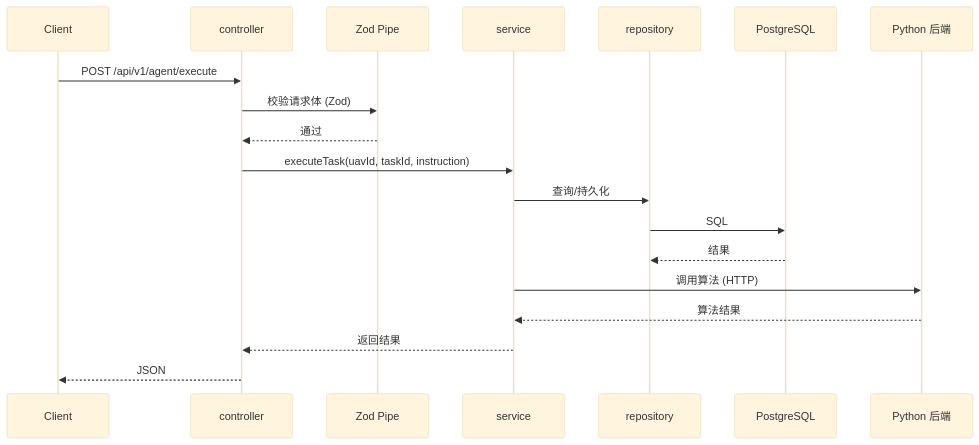
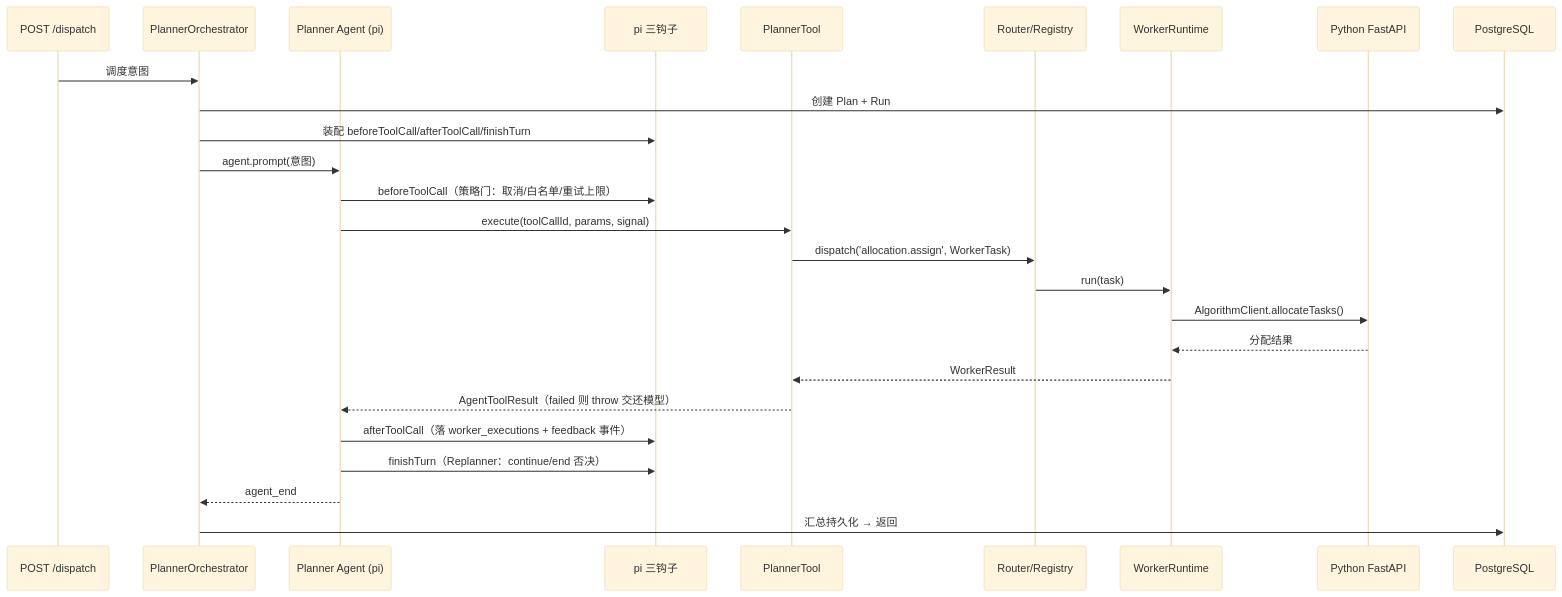
The diagram in apps/server/node-backend/README.md (909347194/ST-Risk-For-UAV), drawn with Mermaid (base theme) before and after one commit. The commit also changed other lines of this file, not shown here.

First line of the commit message:
docs(node): 重写 node-backend README — 完整讲解 Agent 架构（Planner/Worker）

````diff
--- a/apps/server/node-backend/README.md
+++ b/apps/server/node-backend/README.md
@@ -46,22 +93,29 @@
 ```mermaid
 sequenceDiagram
-    participant Client
-    participant Controller as controller
-    participant Pipe as Zod Pipe
-    participant Service as service
-    participant Repo as repository
+    participant API as POST /dispatch
+    participant ORC as PlannerOrchestrator
+    participant AG as Planner Agent (pi)
+    participant H as pi 三钩子
+    participant T as PlannerTool
+    participant R as Router/Registry
+    participant W as WorkerRuntime
+    participant PY as Python FastAPI
     participant DB as PostgreSQL
-    participant Py as Python 后端
 
-    Client->>Controller: POST /api/v1/agent/execute
-    Controller->>Pipe: 校验请求体 (Zod)
-    Pipe-->>Controller: 通过
-    Controller->>Service: executeTask(uavId, taskId, instruction)
-    Service->>Repo: 查询/持久化
-    Repo->>DB: SQL
-    DB-->>Repo: 结果
-    Service->>Py: 调用算法 (HTTP)
-    Py-->>Service: 算法结果
-    Service-->>Controller: 返回结果
-    Controller-->>Client: JSON
+    API->>ORC: 调度意图
+    ORC->>DB: 创建 Plan + Run
+    ORC->>H: 装配 beforeToolCall/afterToolCall/finishTurn
+    ORC->>AG: agent.prompt(意图)
+    AG->>H: beforeToolCall（策略门：取消/白名单/重试上限）
+    AG->>T: execute(toolCallId, params, signal)
+    T->>R: dispatch('allocation.assign', WorkerTask)
+    R->>W: run(task)
+    W->>PY: AlgorithmClient.allocateTasks()
+    PY-->>W: 分配结果
+    W-->>T: WorkerResult
+    T-->>AG: AgentToolResult（failed 则 throw 交还模型）
+    AG->>H: afterToolCall（落 worker_executions + feedback 事件）
+    AG->>H: finishTurn（Replanner：continue/end 否决）
+    AG-->>ORC: agent_end
+    ORC->>DB: 汇总持久化 → 返回
 ```
````
